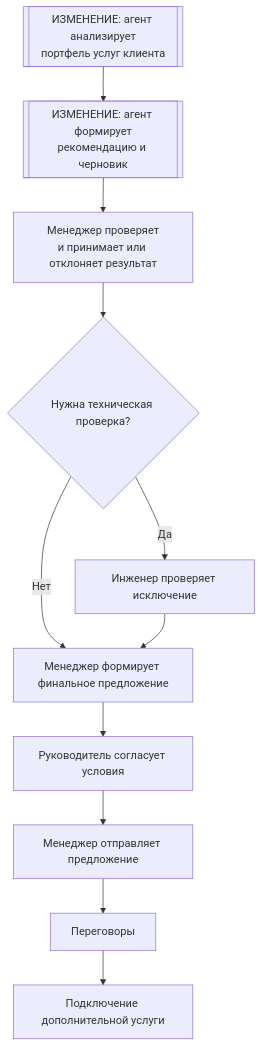
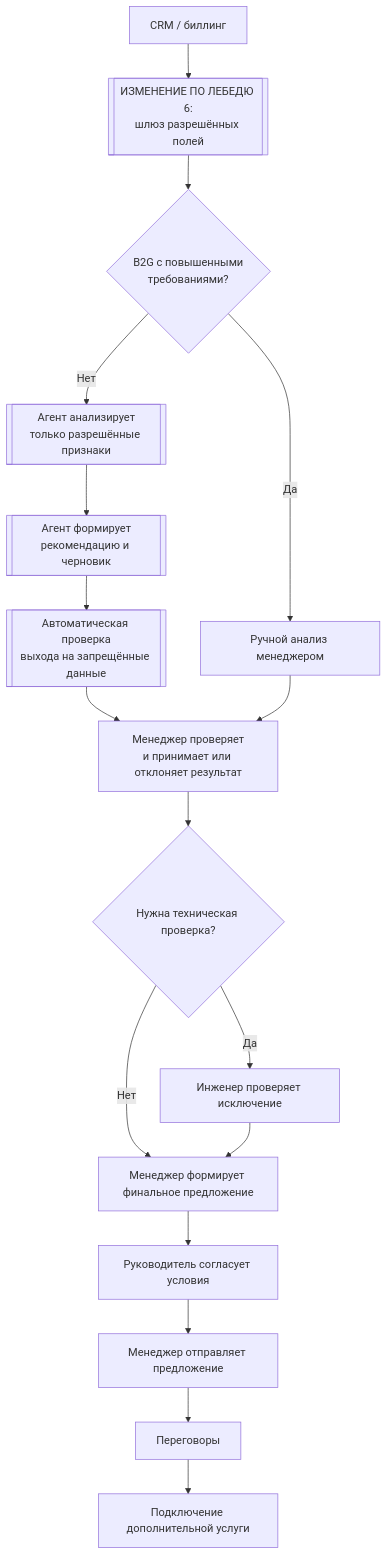
One commit to GusyLebedy/Enterprise_Information_Technology_Management_2026-2027 changed the fourth of 4 diagrams in ПР3/ПР3.md. Above: the diagram before and after it, drawn with Mermaid. The commit also changed other lines of this file, not shown here.

````diff
--- a/ПР3/ПР3.md
+++ b/ПР3/ПР3.md
@@ -256,13 +321,19 @@
 ```mermaid
 flowchart TD
-    A[[ИЗМЕНЕНИЕ: агент анализирует<br/>портфель услуг клиента]] --> B[[ИЗМЕНЕНИЕ: агент формирует<br/>рекомендацию и черновик]]
-    B --> C[Менеджер проверяет<br/>и принимает или отклоняет результат]
-    C --> D{Нужна техническая проверка?}
-    D -- Да --> E[Инженер проверяет исключение]
-    D -- Нет --> F[Менеджер формирует финальное предложение]
-    E --> F
-    F --> G[Руководитель согласует условия]
-    G --> H[Менеджер отправляет предложение]
-    H --> I[Переговоры]
-    I --> J[Подключение дополнительной услуги]
+    A[CRM / биллинг] --> W[[ИЗМЕНЕНИЕ ПО ЛЕБЕДЮ 6:<br/>шлюз разрешённых полей]]
+    W --> X{B2G с повышенными<br/>требованиями?}
+    X -- Да --> M[Ручной анализ менеджером]
+    X -- Нет --> B[[Агент анализирует<br/>только разрешённые признаки]]
+    B --> C[[Агент формирует<br/>рекомендацию и черновик]]
+    C --> D[[Автоматическая проверка<br/>выхода на запрещённые данные]]
+    D --> E[Менеджер проверяет<br/>и принимает или отклоняет результат]
+    M --> E
+    E --> F{Нужна техническая проверка?}
+    F -- Да --> G[Инженер проверяет исключение]
+    F -- Нет --> H[Менеджер формирует финальное предложение]
+    G --> H
+    H --> I[Руководитель согласует условия]
+    I --> J[Менеджер отправляет предложение]
+    J --> K[Переговоры]
+    K --> L[Подключение дополнительной услуги]
 ```
````
